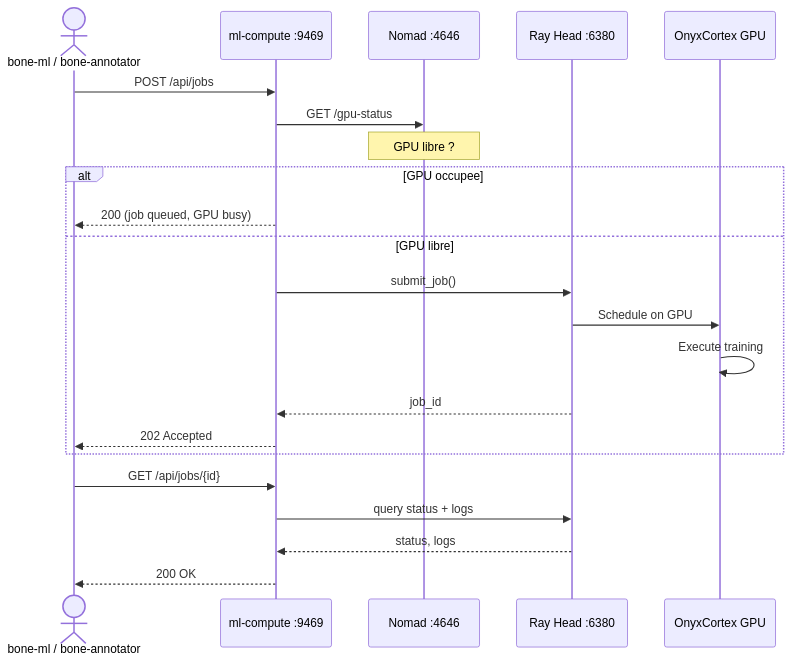
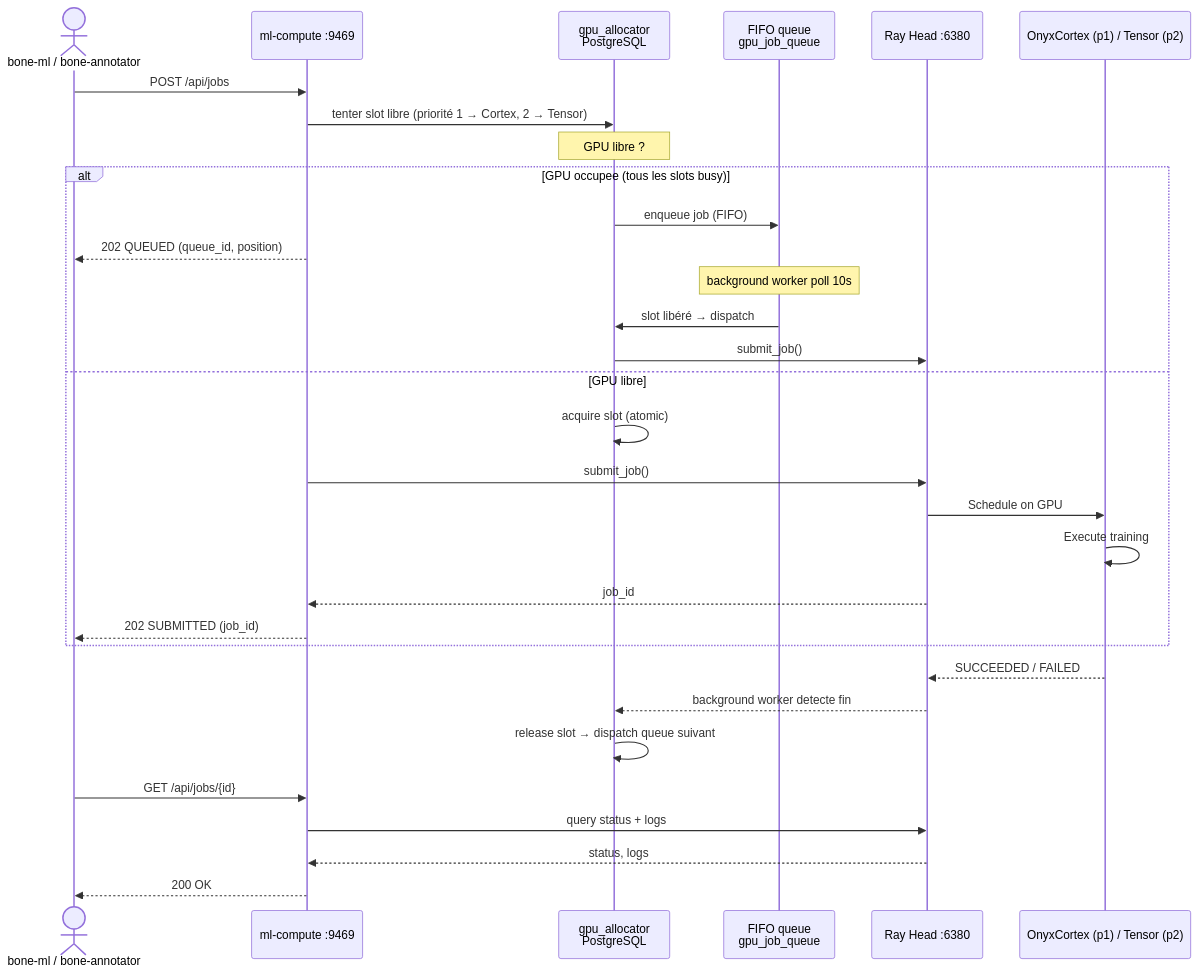
The fifth of 7 diagrams in DIAGRAM.md (VersoVet/ml-compute), drawn with Mermaid before and after one commit. The commit also changed other lines of this file and 60 other files, not shown here.

````diff
--- a/DIAGRAM.md
+++ b/DIAGRAM.md
@@ -169,27 +170,37 @@
 ```mermaid
 sequenceDiagram
     actor Client as bone-ml / bone-annotator
     participant API as ml-compute :9469
-    participant Nomad as Nomad :4646
+    participant Alloc as gpu_allocator<br/>PostgreSQL
+    participant Queue as FIFO queue<br/>gpu_job_queue
     participant Ray as Ray Head :6380
-    participant Worker as OnyxCortex GPU
+    participant Worker as OnyxCortex (p1) / Tensor (p2)
 
     Client->>API: POST /api/jobs
-    API->>Nomad: GET /gpu-status
-    Note over Nomad: GPU libre ?
+    API->>Alloc: tenter slot libre (priorité 1 → Cortex, 2 → Tensor)
+    Note over Alloc: GPU libre ?
 
-    alt GPU occupee
-        API-->>Client: 200 (job queued, GPU busy)
+    alt GPU occupee (tous les slots busy)
+        Alloc->>Queue: enqueue job (FIFO)
+        API-->>Client: 202 QUEUED (queue_id, position)
+        Note over Queue: background worker poll 10s
+        Queue->>Alloc: slot libéré → dispatch
+        Alloc->>Ray: submit_job()
     else GPU libre
+        Alloc->>Alloc: acquire slot (atomic)
         API->>Ray: submit_job()
         Ray->>Worker: Schedule on GPU
         Worker->>Worker: Execute training
         Ray-->>API: job_id
-        API-->>Client: 202 Accepted
+        API-->>Client: 202 SUBMITTED (job_id)
     end
+
+    Worker-->>Ray: SUCCEEDED / FAILED
+    Ray-->>Alloc: background worker detecte fin
+    Alloc->>Alloc: release slot → dispatch queue suivant
 
     Client->>API: GET /api/jobs/{id}
     API->>Ray: query status + logs
     Ray-->>API: status, logs
     API-->>Client: 200 OK
 ```
````
